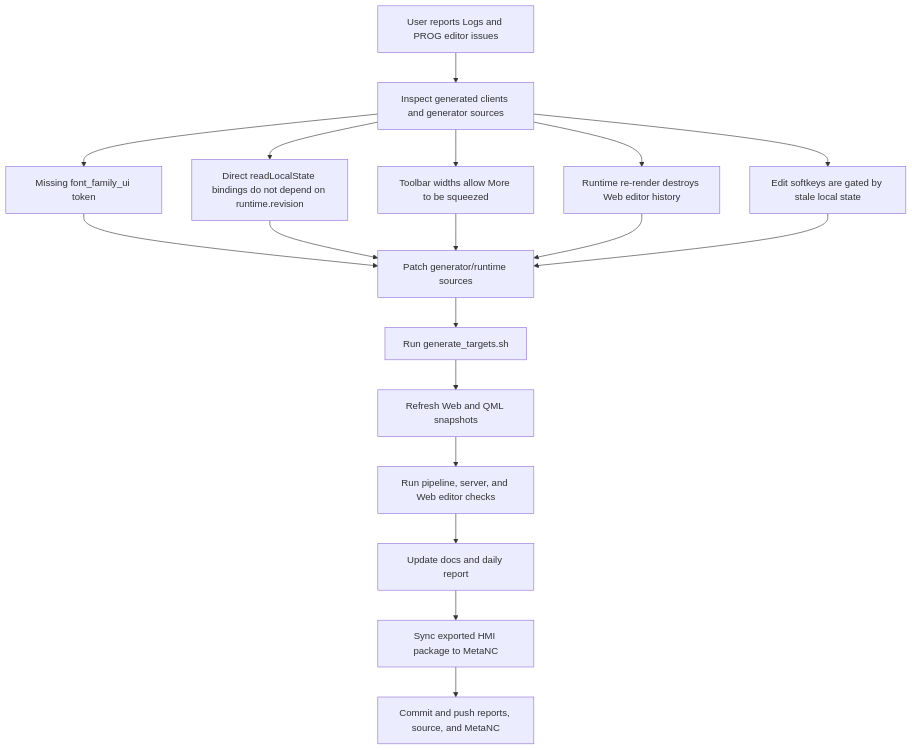
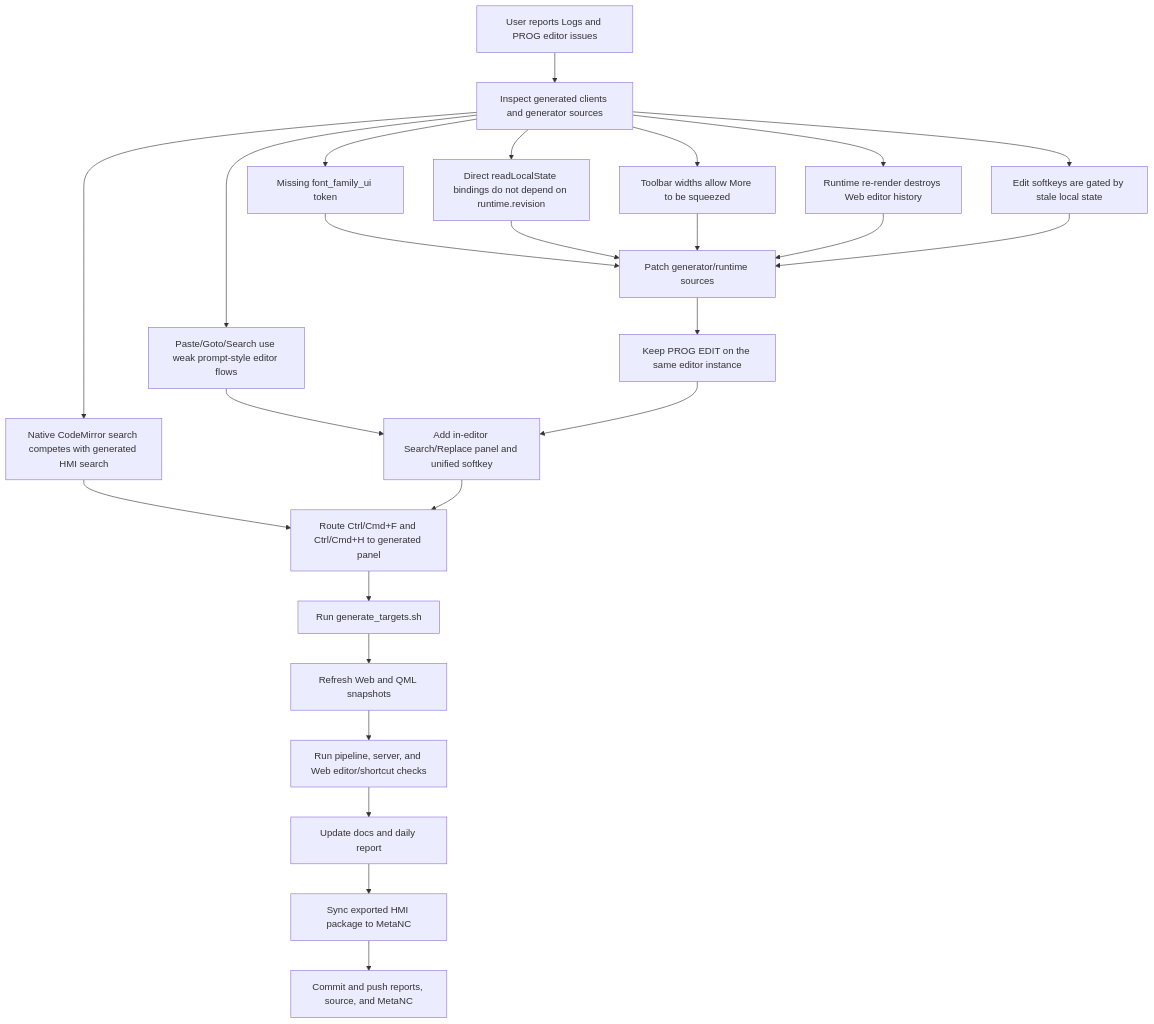
Before and after one commit to luppiterw/metanc_hmi_dsl_reports: the diagram in 2026-05-07-codex-session/workflow-diagram.md, drawn with Mermaid. The commit also changed 18 other files, not shown here.

Commit message:
docs: refresh 2026-05-07 PROG editor report

````diff
--- a/2026-05-07-codex-session/workflow-diagram.md
+++ b/2026-05-07-codex-session/workflow-diagram.md
@@ -3,35 +3,47 @@
 ```mermaid
 flowchart TD
     user[User reports Logs and PROG editor issues]
     inspect[Inspect generated clients and generator sources]
     root1[Missing font_family_ui token]
     root2[Direct readLocalState bindings do not depend on runtime.revision]
     root3[Toolbar widths allow More to be squeezed]
     root4[Runtime re-render destroys Web editor history]
     root5[Edit softkeys are gated by stale local state]
+    root6[Paste/Goto/Search use weak prompt-style editor flows]
+    root7[Native CodeMirror search competes with generated HMI search]
     fix[Patch generator/runtime sources]
+    editor[Keep PROG EDIT on the same editor instance]
+    search[Add in-editor Search/Replace panel and unified softkey]
+    shortcuts[Route Ctrl/Cmd+F and Ctrl/Cmd+H to generated panel]
     regen[Run generate_targets.sh]
     snap[Refresh Web and QML snapshots]
-    test[Run pipeline, server, and Web editor checks]
+    test[Run pipeline, server, and Web editor/shortcut checks]
     docs[Update docs and daily report]
     sync[Sync exported HMI package to MetaNC]
     publish[Commit and push reports, source, and MetaNC]
 
     user --> inspect
     inspect --> root1
     inspect --> root2
     inspect --> root3
     inspect --> root4
     inspect --> root5
+    inspect --> root6
+    inspect --> root7
     root1 --> fix
     root2 --> fix
     root3 --> fix
     root4 --> fix
     root5 --> fix
-    fix --> regen
+    root6 --> search
+    root7 --> shortcuts
+    fix --> editor
+    editor --> search
+    search --> shortcuts
+    shortcuts --> regen
     regen --> snap
     snap --> test
     test --> docs
     docs --> sync
     sync --> publish
 ```
````
